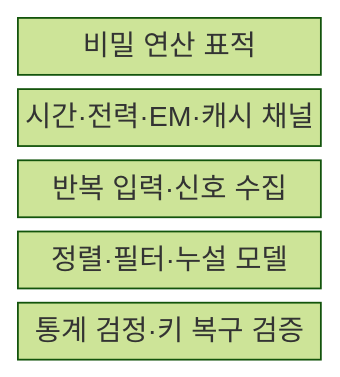
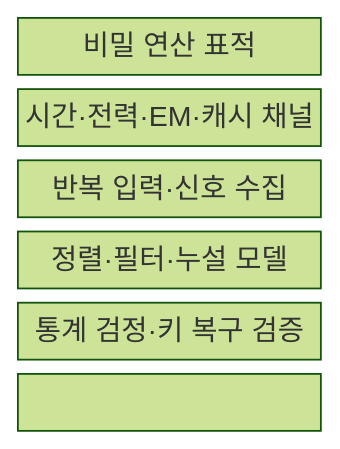
The first of 2 diagrams in src/content/docs/notes/05-security/130_side_channel_attack.md (agnusdei1207/knowledge-base), drawn with Mermaid (forest theme) before and after one commit. The commit also changed other lines of this file and 151 other files, not shown here.

````diff
--- a/src/content/docs/notes/05-security/130_side_channel_attack.md
+++ b/src/content/docs/notes/05-security/130_side_channel_attack.md
@@ -56,9 +56,11 @@
 ```mermaid
 block-beta
   columns 1
   T["비밀 연산 표적"]
   C["시간·전력·EM·캐시 채널"]
   S["반복 입력·신호 수집"]
   P["정렬·필터·누설 모델"]
   V["통계 검정·키 복구 검증"]
+  T --- C --- S
+  S --- P --- V
 ```
````
